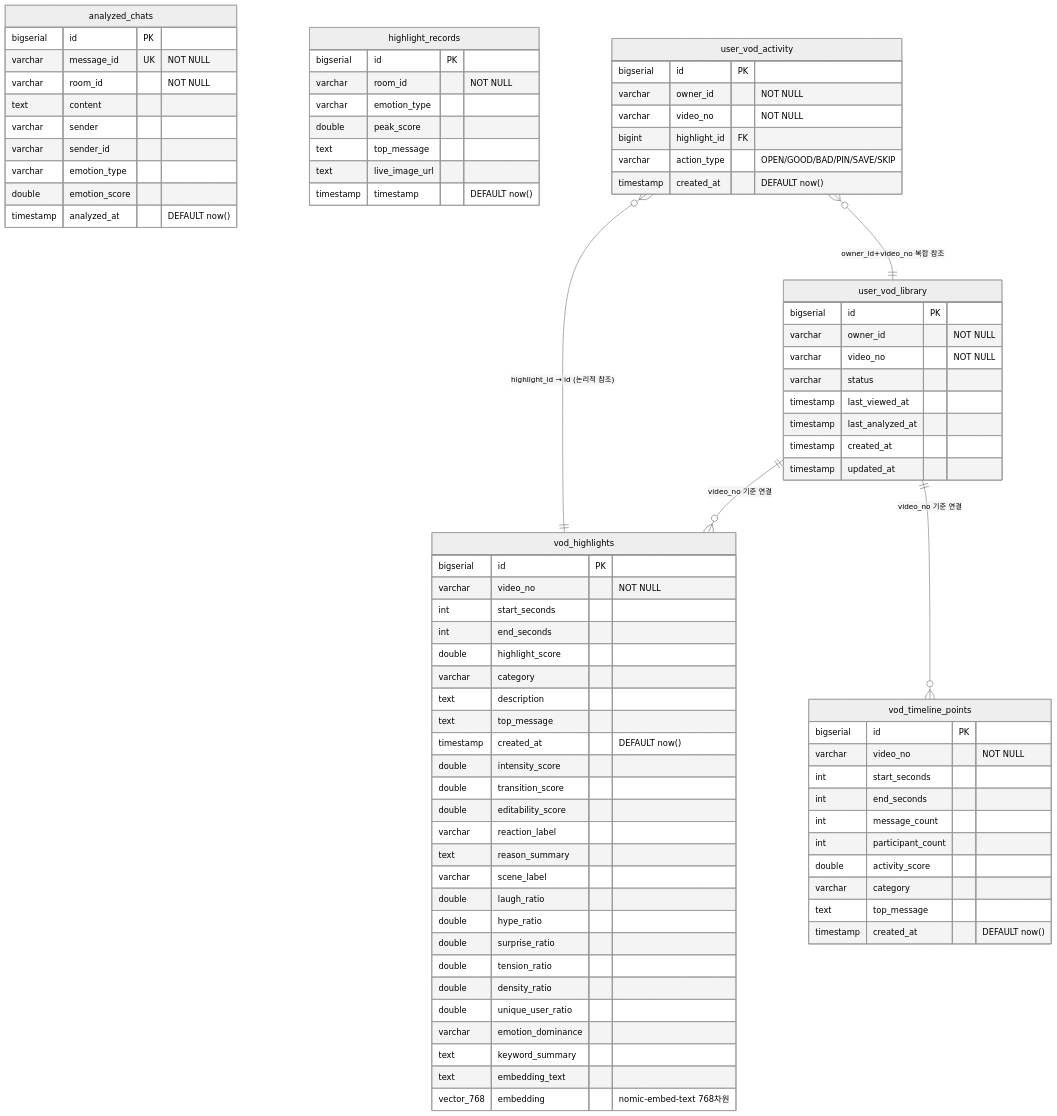
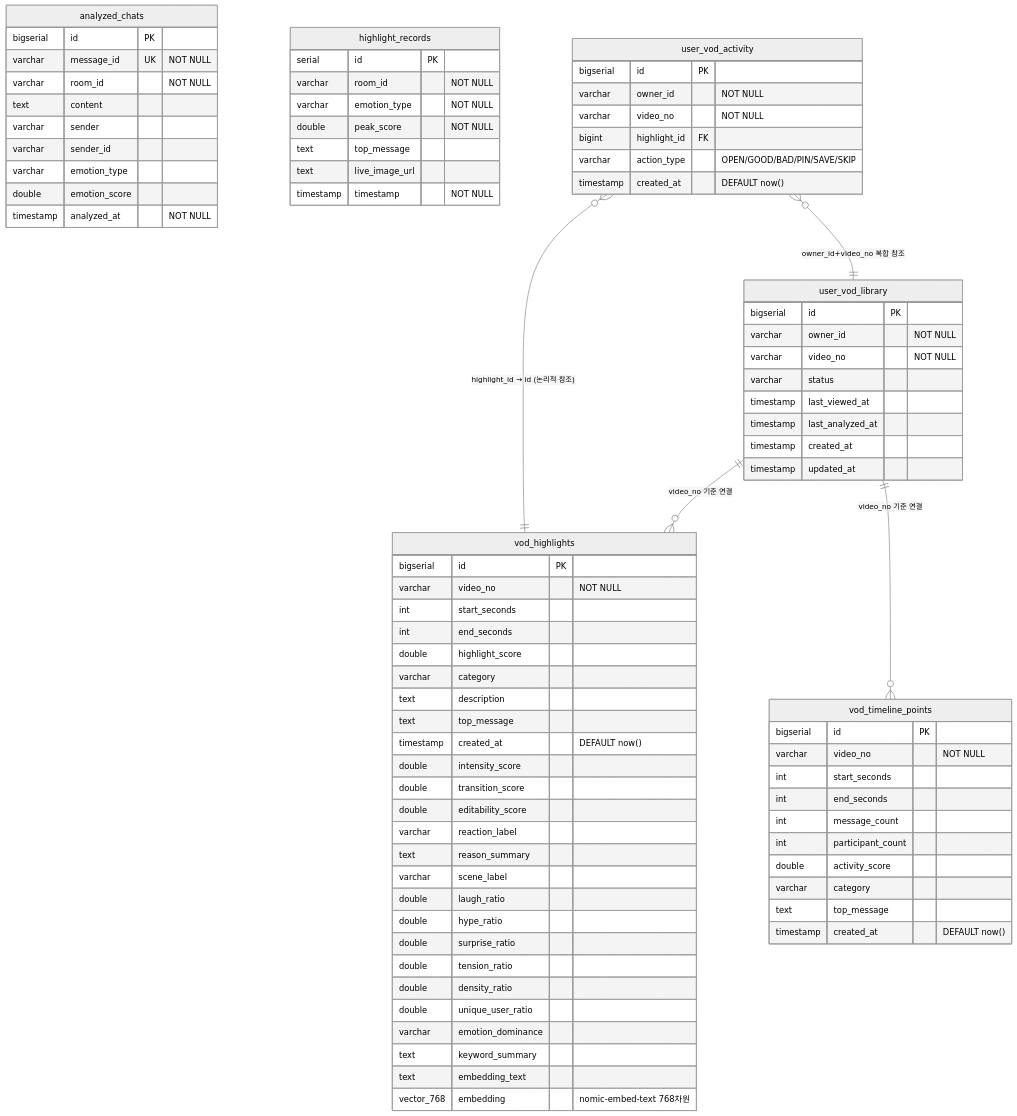
Before and after one commit to oneul0/Project-neul: the diagram in docs/design/27_erd.md, drawn with Mermaid (neutral theme). The commit also changed other lines of this file and 1 other file, not shown here.

Commit message:
docs: ERD 오류 수정 및 가드레일 슬라이드 추가
- analyzed_chats.analyzed_at: DEFAULT now() → NOT NULL 수정
- highlight_records.id: bigserial → serial 수정
- highlight_records.timestamp: DEFAULT now() → NOT NULL 수정
- 인덱스 5개 누락 항목 추가
- 37_guardrail_design.md: 가드레일 구현 슬라이드 신규 추가 (감정 분류 로직 포함)

```diff
--- a/docs/design/27_erd.md
+++ b/docs/design/27_erd.md
@@ -18,17 +18,17 @@
         varchar      sender_id
         varchar      emotion_type
         double       emotion_score
-        timestamp    analyzed_at      "DEFAULT now()"
+        timestamp    analyzed_at      "NOT NULL"
     }
 
     highlight_records {
-        bigserial    id               PK
+        serial       id               PK
         varchar      room_id          "NOT NULL"
-        varchar      emotion_type
-        double       peak_score
+        varchar      emotion_type     "NOT NULL"
+        double       peak_score       "NOT NULL"
         text         top_message
         text         live_image_url
-        timestamp    timestamp        "DEFAULT now()"
+        timestamp    timestamp        "NOT NULL"
     }
 
     vod_highlights {
```
